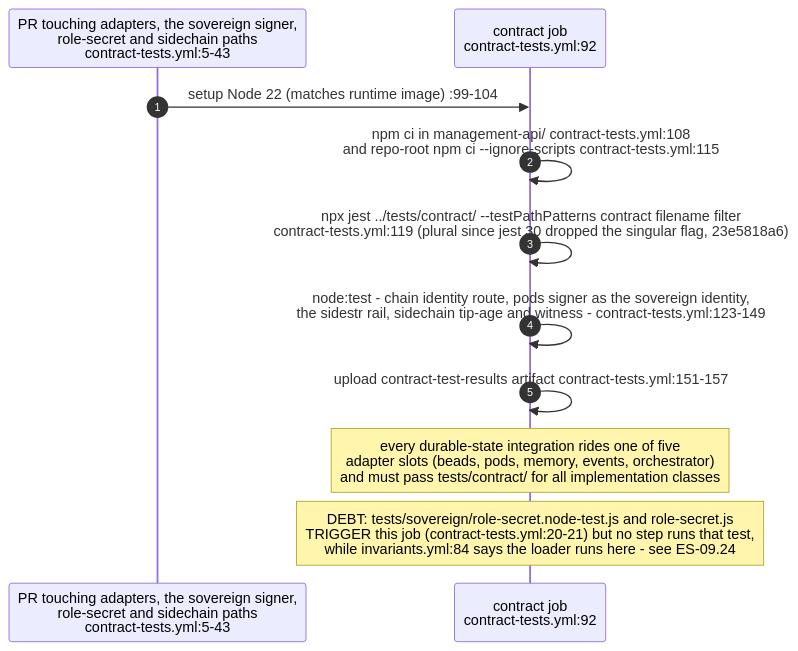
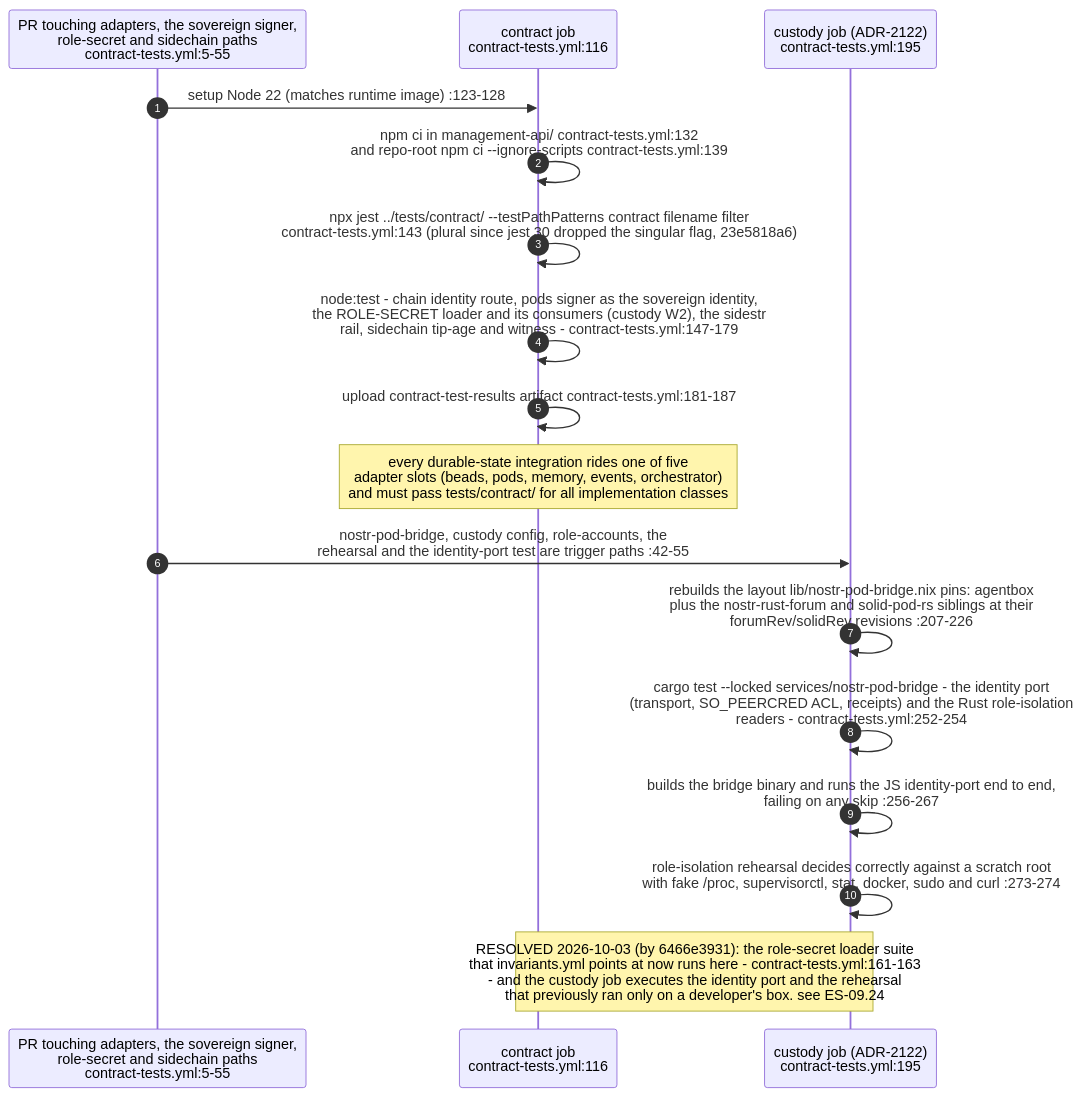
Diagram 16 of 24 in docs/diagrams/estate/09-build-deploy-and-ci-estate.md (DreamLab-AI/VisionFlow), drawn with Mermaid before and after one commit. The commit also changed other lines of this file and 111 other files, not shown here.

Commit message:
docs(diagrams): align estate maps with current source

````diff
--- a/docs/diagrams/estate/09-build-deploy-and-ci-estate.md
+++ b/docs/diagrams/estate/09-build-deploy-and-ci-estate.md
@@ -592,14 +596,20 @@
 ```mermaid
 sequenceDiagram
     autonumber
-    participant GH as PR touching adapters, the sovereign signer,<br/>role-secret and sidechain paths<br/>contract-tests.yml:5-43
-    participant C as contract job<br/>contract-tests.yml:92
+    participant GH as PR touching adapters, the sovereign signer,<br/>role-secret and sidechain paths<br/>contract-tests.yml:5-55
+    participant C as contract job<br/>contract-tests.yml:116
+    participant CU as custody job (ADR-2122)<br/>contract-tests.yml:195
 
-    GH->>C: setup Node 22 (matches runtime image) :99-104
-    C->>C: npm ci in management-api/ contract-tests.yml:108<br/>and repo-root npm ci --ignore-scripts contract-tests.yml:115
-    C->>C: npx jest ../tests/contract/ --testPathPatterns contract filename filter<br/>contract-tests.yml:119 (plural since jest 30 dropped the singular flag, 23e5818a6)
-    C->>C: node:test - chain identity route, pods signer as the sovereign identity,<br/>the sidestr rail, sidechain tip-age and witness - contract-tests.yml:123-149
-    C->>C: upload contract-test-results artifact contract-tests.yml:151-157
+    GH->>C: setup Node 22 (matches runtime image) :123-128
+    C->>C: npm ci in management-api/ contract-tests.yml:132<br/>and repo-root npm ci --ignore-scripts contract-tests.yml:139
+    C->>C: npx jest ../tests/contract/ --testPathPatterns contract filename filter<br/>contract-tests.yml:143 (plural since jest 30 dropped the singular flag, 23e5818a6)
+    C->>C: node:test - chain identity route, pods signer as the sovereign identity,<br/>the ROLE-SECRET loader and its consumers (custody W2), the sidestr<br/>rail, sidechain tip-age and witness - contract-tests.yml:147-179
+    C->>C: upload contract-test-results artifact contract-tests.yml:181-187
     Note over C: every durable-state integration rides one of five<br/>adapter slots (beads, pods, memory, events, orchestrator)<br/>and must pass tests/contract/ for all implementation classes
-    Note over C: DEBT: tests/sovereign/role-secret.node-test.js and role-secret.js<br/>TRIGGER this job (contract-tests.yml:20-21) but no step runs that test,<br/>while invariants.yml:84 says the loader runs here - see ES-09.24
+    GH->>CU: nostr-pod-bridge, custody config, role-accounts, the<br/>rehearsal and the identity-port test are trigger paths :42-55
+    CU->>CU: rebuilds the layout lib/nostr-pod-bridge.nix pins: agentbox<br/>plus the nostr-rust-forum and solid-pod-rs siblings at their<br/>forumRev/solidRev revisions :207-226
+    CU->>CU: cargo test --locked services/nostr-pod-bridge - the identity port<br/>(transport, SO_PEERCRED ACL, receipts) and the Rust role-isolation<br/>readers - contract-tests.yml:252-254
+    CU->>CU: builds the bridge binary and runs the JS identity-port end to end,<br/>failing on any skip :256-267
+    CU->>CU: role-isolation rehearsal decides correctly against a scratch root<br/>with fake /proc, supervisorctl, stat, docker, sudo and curl :273-274
+    Note over C,CU: RESOLVED 2026-10-03 (by 6466e3931): the role-secret loader suite<br/>that invariants.yml points at now runs here - contract-tests.yml:161-163<br/>- and the custody job executes the identity port and the rehearsal<br/>that previously ran only on a developer's box. see ES-09.24
 ```
````
